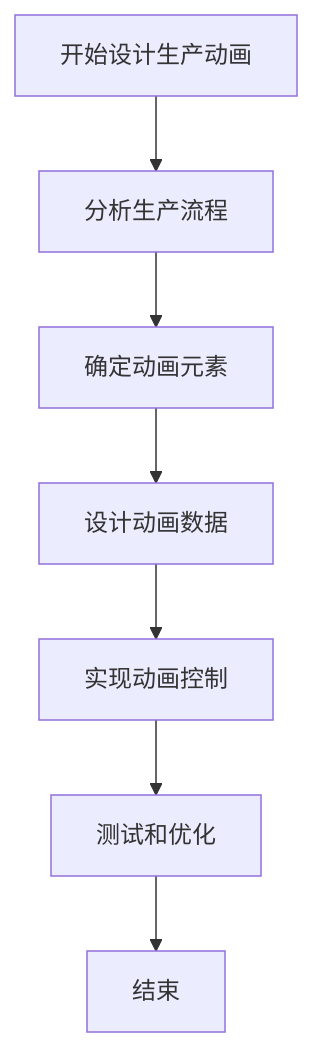
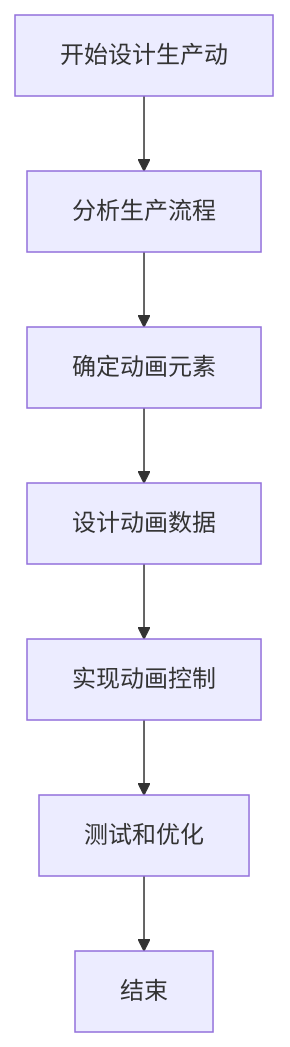
The diagram in all/未命名-1.md (Mrmilu212/iodraw-files), drawn with Mermaid before and after one commit.

Commit message:
2025-05-20 14:09:08 update

````diff
--- a/all/未命名-1.md
+++ b/all/未命名-1.md
@@ -1,10 +1,10 @@
 ```mermaid
 graph TD
-    A[开始设计生产动画] --> B[分析生产流程]
+    A[开始设计生产动] --> B[分析生产流程]
     B --> C[确定动画元素]
     C --> D[设计动画数据]
     D --> E[实现动画控制]
     E --> F[测试和优化]
     F --> G[结束]
 
 ```
````
